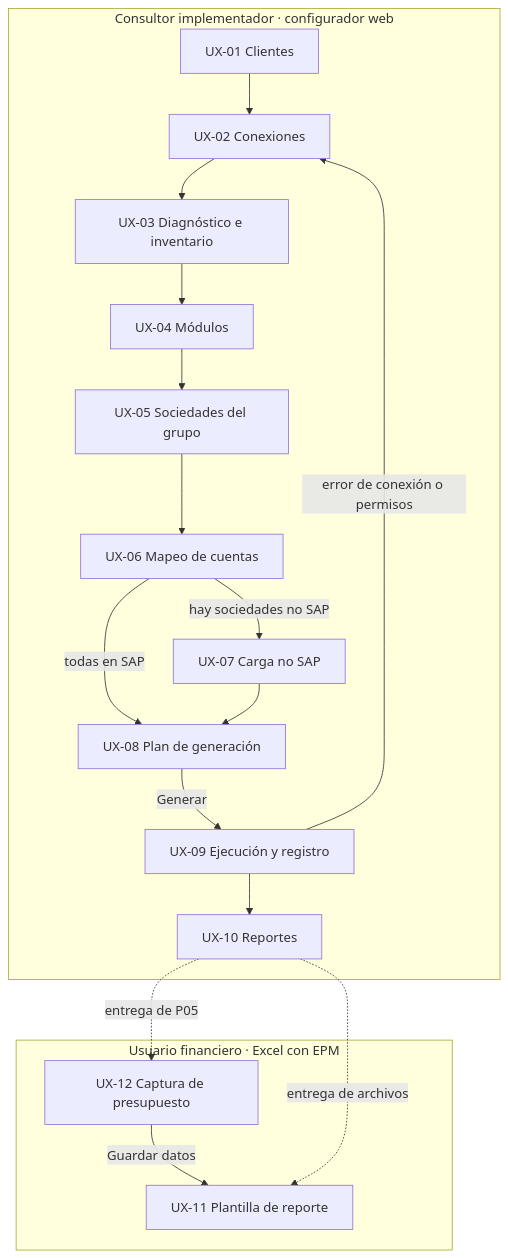
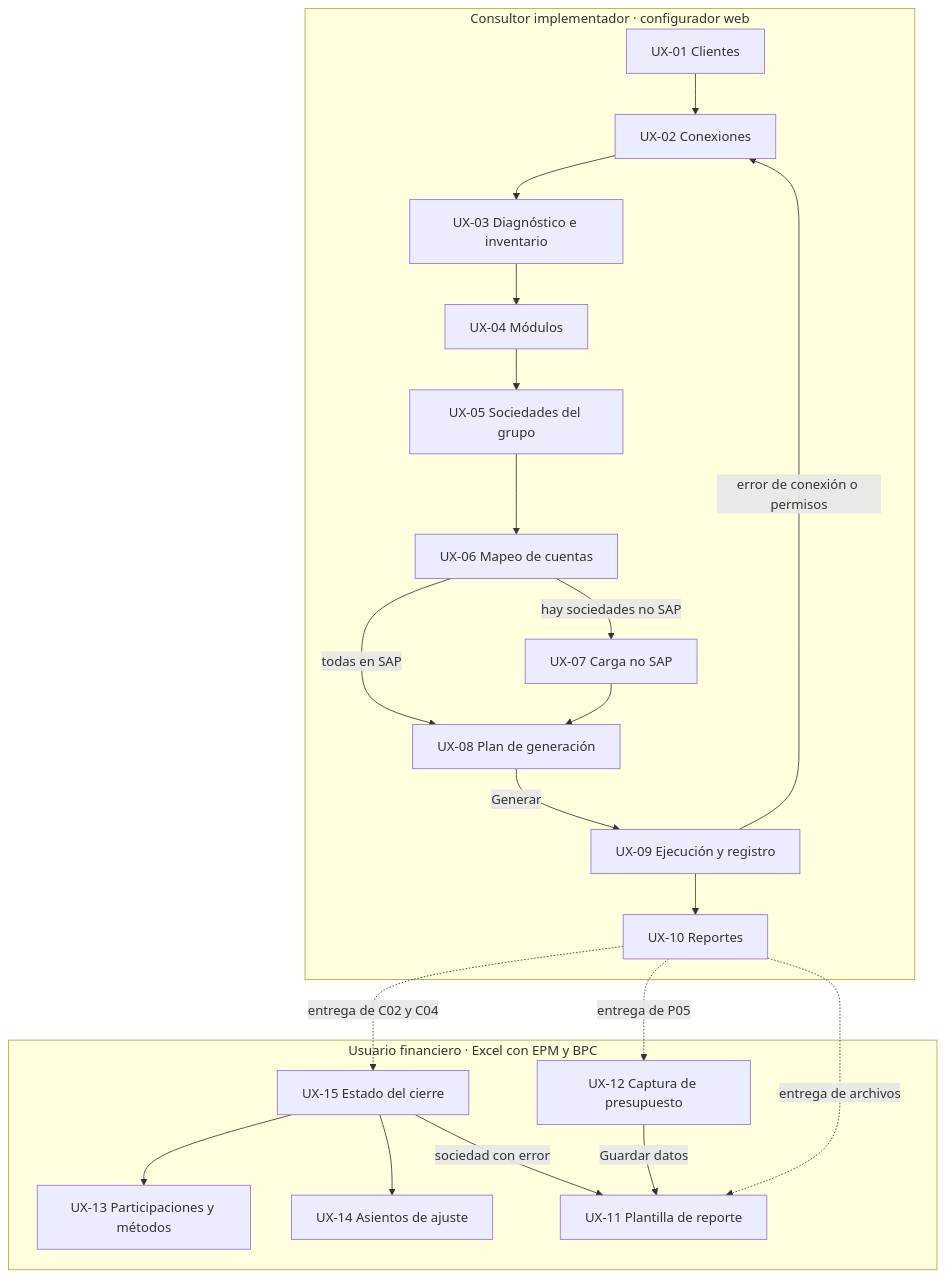
Before and after one commit to luismaurycm/german: the diagram in docs/03-diseno-ux/diagramas/D0_navegacion.mmd, drawn with Mermaid. The commit also changed 38 other files, not shown here.

```diff
--- a/docs/03-diseno-ux/diagramas/D0_navegacion.mmd
+++ b/docs/03-diseno-ux/diagramas/D0_navegacion.mmd
@@ -1,21 +1,28 @@
 flowchart TB
   subgraph CI["Consultor implementador · configurador web"]
     U1["UX-01 Clientes"] --> U2["UX-02 Conexiones"]
     U2 --> U3["UX-03 Diagnóstico e inventario"]
     U3 --> U4["UX-04 Módulos"]
     U4 --> U5["UX-05 Sociedades del grupo"]
     U5 --> U6["UX-06 Mapeo de cuentas"]
     U6 -->|"hay sociedades no SAP"| U7["UX-07 Carga no SAP"]
     U6 -->|"todas en SAP"| U8["UX-08 Plan de generación"]
     U7 --> U8
     U8 -->|"Generar"| U9["UX-09 Ejecución y registro"]
     U9 -->|"error de conexión o permisos"| U2
     U9 --> U10["UX-10 Reportes"]
   end
-  subgraph UF["Usuario financiero · Excel con EPM"]
+  subgraph UF["Usuario financiero · Excel con EPM y BPC"]
+    U15["UX-15 Estado del cierre"]
+    U13["UX-13 Participaciones y métodos"]
+    U14["UX-14 Asientos de ajuste"]
     U11["UX-11 Plantilla de reporte"]
     U12["UX-12 Captura de presupuesto"]
+    U15 --> U13
+    U15 --> U14
+    U15 -->|"sociedad con error"| U11
     U12 -->|"Guardar datos"| U11
   end
   U10 -.->|"entrega de archivos"| U11
   U10 -.->|"entrega de P05"| U12
+  U10 -.->|"entrega de C02 y C04"| U15
```
